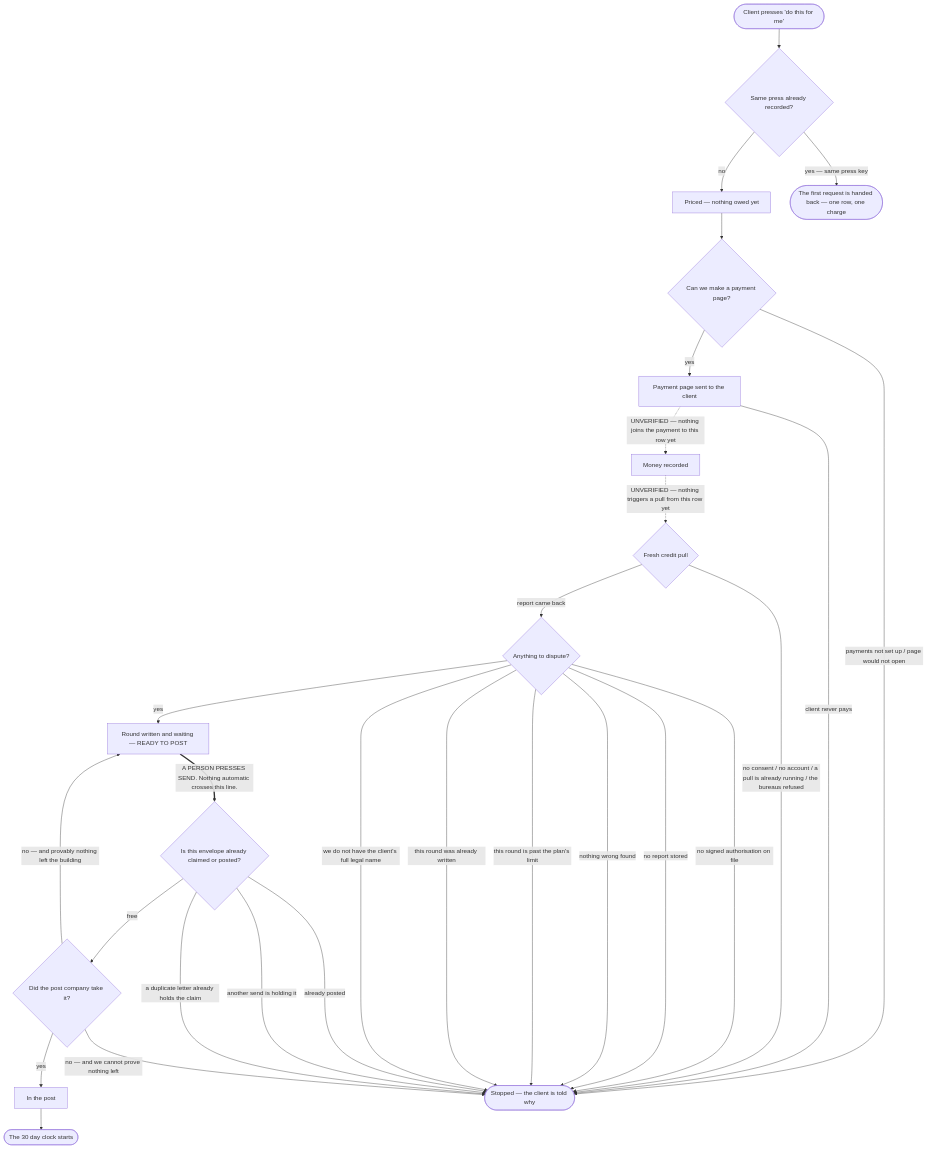
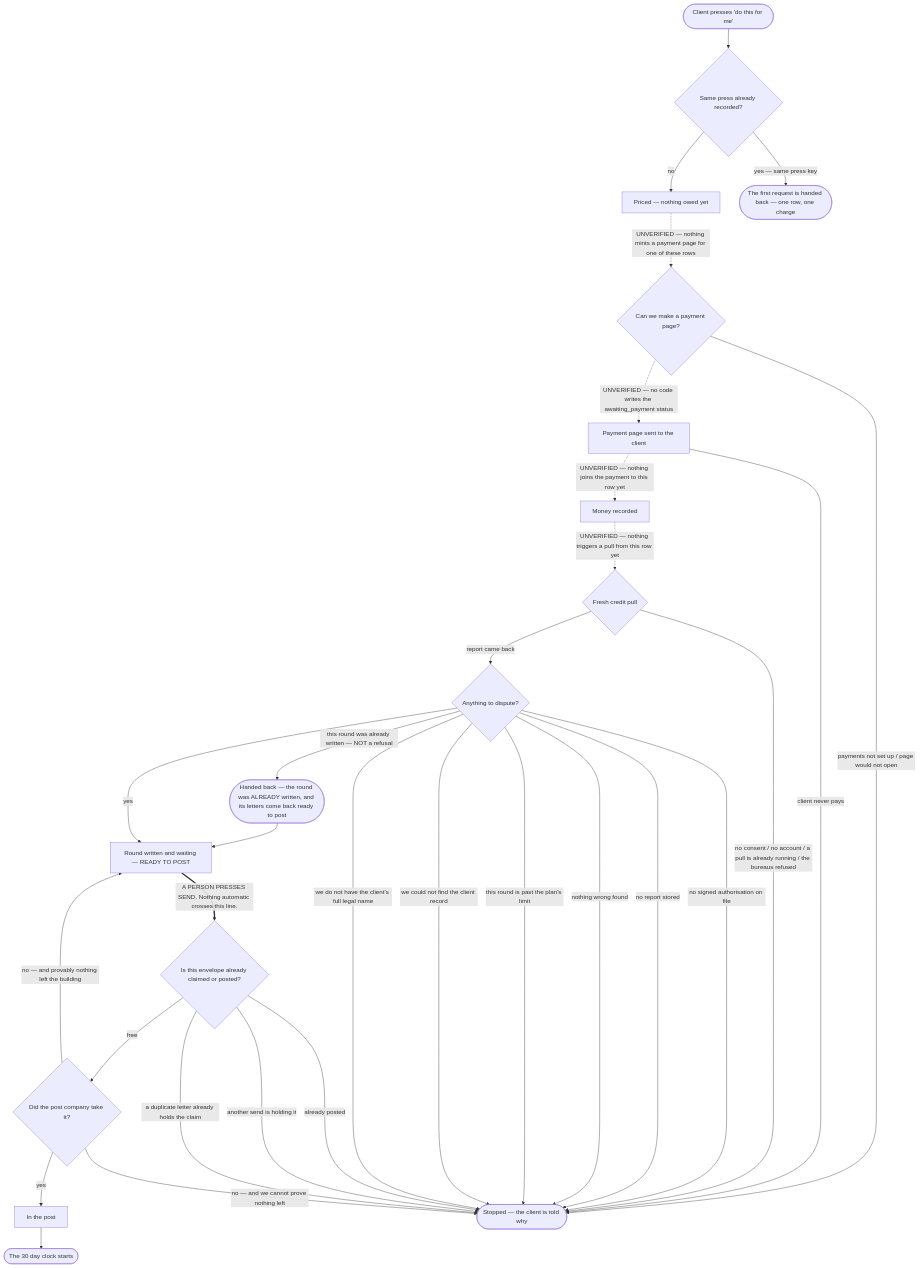
The second of 3 diagrams in docs/journeys/self-serve-round-flow.md (ZootimusMaximusSupreme/Fundhub_ai), drawn with Mermaid before and after one commit. The commit also changed other lines of this file and 2 other files, not shown here.

````diff
--- a/docs/journeys/self-serve-round-flow.md
+++ b/docs/journeys/self-serve-round-flow.md
@@ -43,50 +49,53 @@
 ```mermaid
 flowchart TD
     PRESS(["Client presses 'do this for me'"])
 
     DUP{"Same press already recorded?"}
     QUOTED["Priced — nothing owed yet"]
     LINK{"Can we make a payment page?"}
     AWAIT["Payment page sent to the client"]
     PAID["Money recorded"]
     PULL{"Fresh credit pull"}
     ANALYSE{"Anything to dispute?"}
     STAGED["Round written and waiting — READY TO POST"]
     CLAIM{"Is this envelope already claimed or posted?"}
     MAIL{"Did the post company take it?"}
     POSTED["In the post"]
     CLOCK(["The 30 day clock starts"])
 
     FAILED(["Stopped — the client is told why"])
     SAMEROW(["The first request is handed back — one row, one charge"])
+    HANDBACK(["Handed back — the round was ALREADY written, and its letters come back ready to post"])
 
     PRESS --> DUP
     DUP -->|"yes — same press key"| SAMEROW
     DUP -->|"no"| QUOTED
-    QUOTED --> LINK
+    QUOTED -.->|"UNVERIFIED — nothing mints a payment page for one of these rows"| LINK
     LINK -->|"payments not set up / page would not open"| FAILED
-    LINK -->|"yes"| AWAIT
+    LINK -.->|"UNVERIFIED — no code writes the awaiting_payment status"| AWAIT
     AWAIT -.->|"UNVERIFIED — nothing joins the payment to this row yet"| PAID
     AWAIT -->|"client never pays"| FAILED
     PAID -.->|"UNVERIFIED — nothing triggers a pull from this row yet"| PULL
     PULL -->|"no consent / no account / a pull is already running / the bureaus refused"| FAILED
     PULL -->|"report came back"| ANALYSE
     ANALYSE -->|"no signed authorisation on file"| FAILED
     ANALYSE -->|"no report stored"| FAILED
     ANALYSE -->|"nothing wrong found"| FAILED
     ANALYSE -->|"this round is past the plan's limit"| FAILED
-    ANALYSE -->|"this round was already written"| FAILED
+    ANALYSE -->|"we could not find the client record"| FAILED
     ANALYSE -->|"we do not have the client's full legal name"| FAILED
+    ANALYSE -->|"this round was already written — NOT a refusal"| HANDBACK
+    HANDBACK --> STAGED
     ANALYSE -->|"yes"| STAGED
 
     STAGED ==>|"A PERSON PRESSES SEND. Nothing automatic crosses this line."| CLAIM
 
     CLAIM -->|"already posted"| FAILED
     CLAIM -->|"another send is holding it"| FAILED
     CLAIM -->|"a duplicate letter already holds the claim"| FAILED
     CLAIM -->|"free"| MAIL
     MAIL -->|"no — and provably nothing left the building"| STAGED
     MAIL -->|"no — and we cannot prove nothing left"| FAILED
     MAIL -->|"yes"| POSTED
     POSTED --> CLOCK
 ```
````
